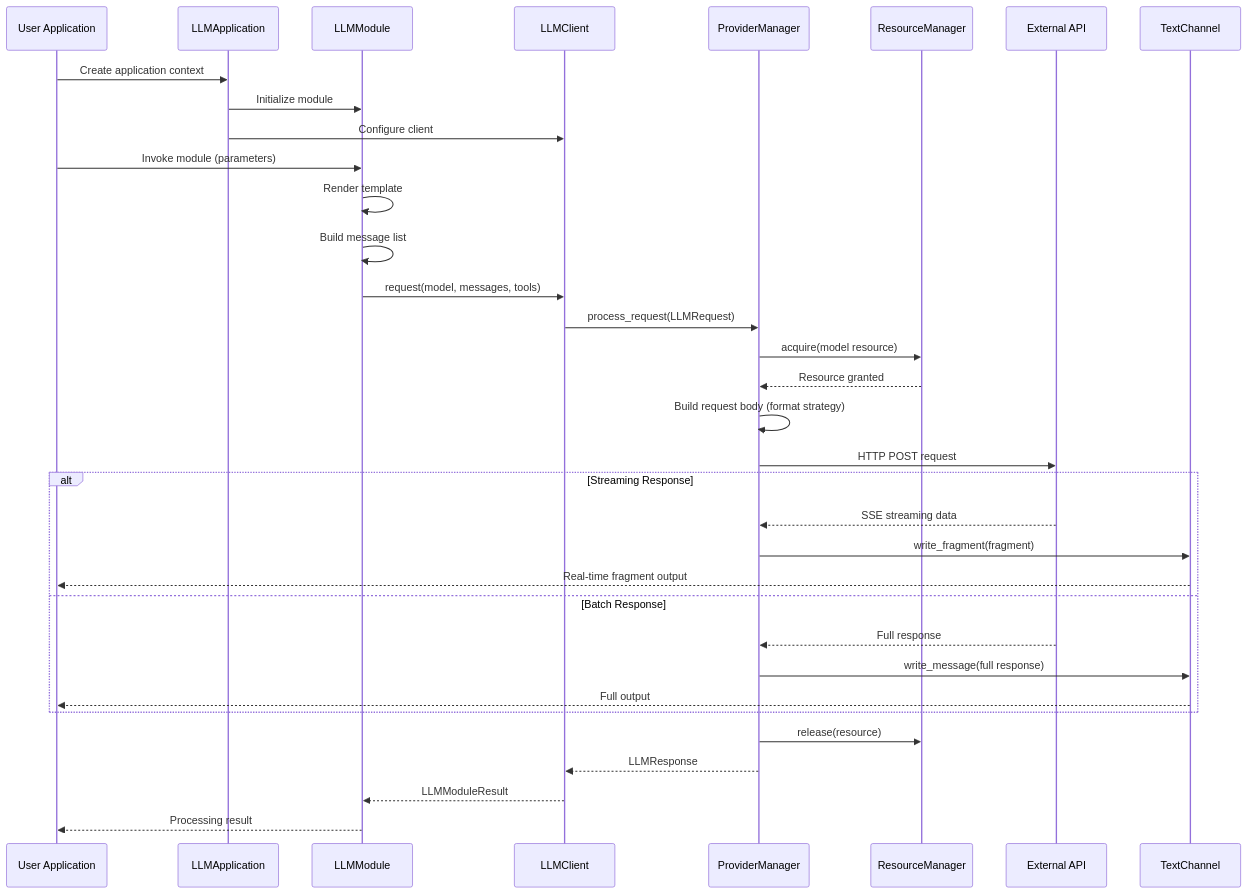
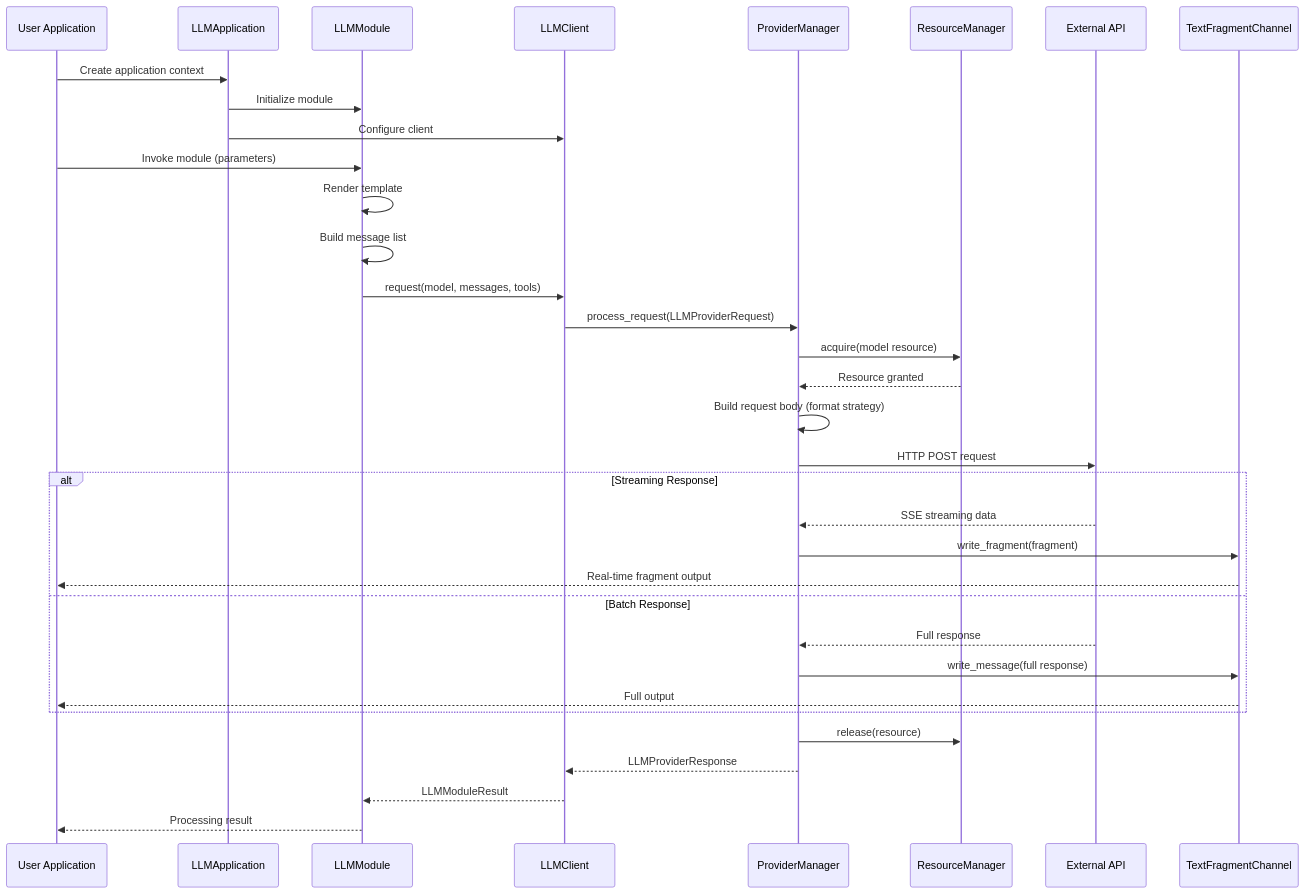
Before and after one commit to gumblex/aitoolman: the third of 3 diagrams in README.md, drawn with Mermaid. The commit also changed other lines of this file and 28 other files, not shown here.

````diff
--- a/README.md
+++ b/README.md
@@ -142,45 +142,45 @@
 ```mermaid
 sequenceDiagram
     participant User as User Application
     participant App as LLMApplication
     participant Module as LLMModule
     participant Client as LLMClient
     participant Provider as ProviderManager
     participant Resource as ResourceManager
     participant API as External API
-    participant Channel as TextChannel
+    participant Channel as TextFragmentChannel
     
     User->>App: Create application context
     App->>Module: Initialize module
     App->>Client: Configure client
     
     User->>Module: Invoke module (parameters)
     
     Module->>Module: Render template
     Module->>Module: Build message list
     Module->>Client: request(model, messages, tools)
     
-    Client->>Provider: process_request(LLMRequest)
+    Client->>Provider: process_request(LLMProviderRequest)
     
     Provider->>Resource: acquire(model resource)
     Resource-->>Provider: Resource granted
     
     Provider->>Provider: Build request body (format strategy)
     Provider->>API: HTTP POST request
     
     alt Streaming Response
         API-->>Provider: SSE streaming data
         Provider->>Channel: write_fragment(fragment)
         Channel-->>User: Real-time fragment output
     else Batch Response
         API-->>Provider: Full response
         Provider->>Channel: write_message(full response)
         Channel-->>User: Full output
     end
     
     Provider->>Resource: release(resource)
     
-    Provider-->>Client: LLMResponse
+    Provider-->>Client: LLMProviderResponse
     Client-->>Module: LLMModuleResult
     Module-->>User: Processing result
 ```
````
